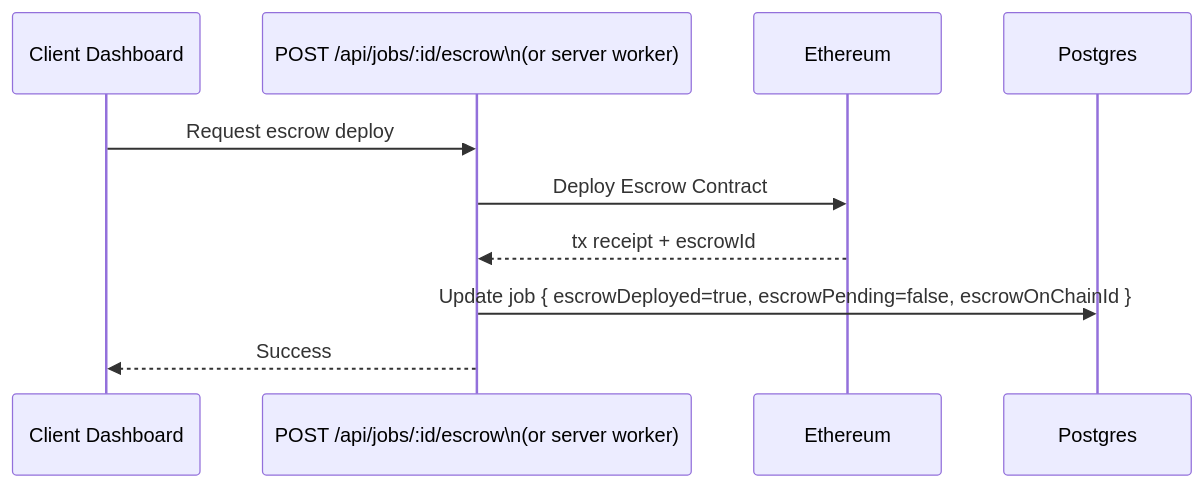
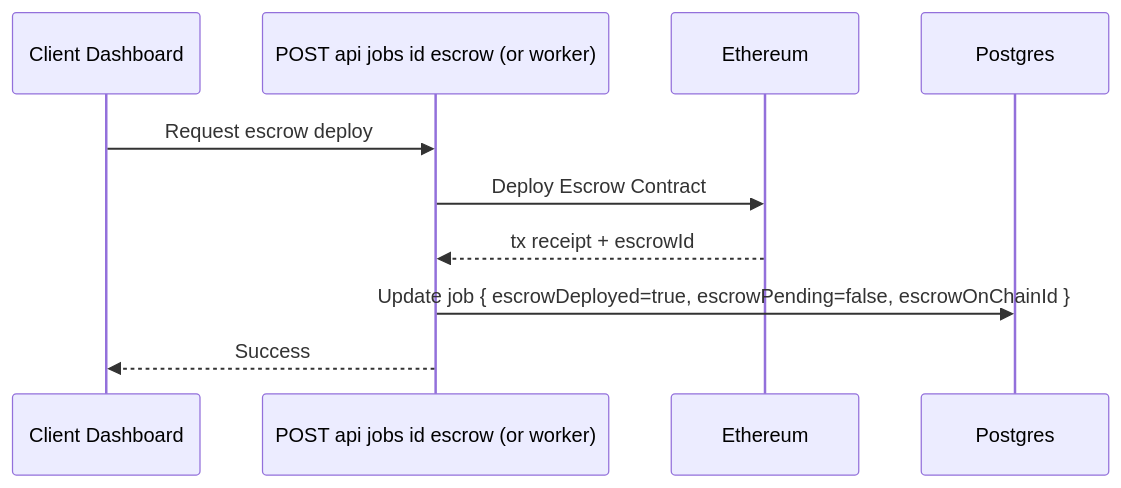
One commit to VoTeXG/freelancer_and_job_hunting_website changed the fifth of 10 diagrams in docs/DIAGRAMS.md. Above: the diagram before and after it, drawn with Mermaid. The commit also changed other lines of this file, not shown here.

Commit message:
Remove slashes from Mermaid labels

````diff
--- a/docs/DIAGRAMS.md
+++ b/docs/DIAGRAMS.md
@@ -140,13 +140,13 @@
 ```mermaid
 sequenceDiagram
   participant CLI as Client Dashboard
-  participant API as POST /api/jobs/:id/escrow\n(or server worker)
+  participant API as POST api jobs id escrow (or worker)
   participant CHN as Ethereum
   participant DB as Postgres
 
   CLI->>API: Request escrow deploy
   API->>CHN: Deploy Escrow Contract
   CHN-->>API: tx receipt + escrowId
   API->>DB: Update job { escrowDeployed=true, escrowPending=false, escrowOnChainId }
   API-->>CLI: Success
 ```
````
